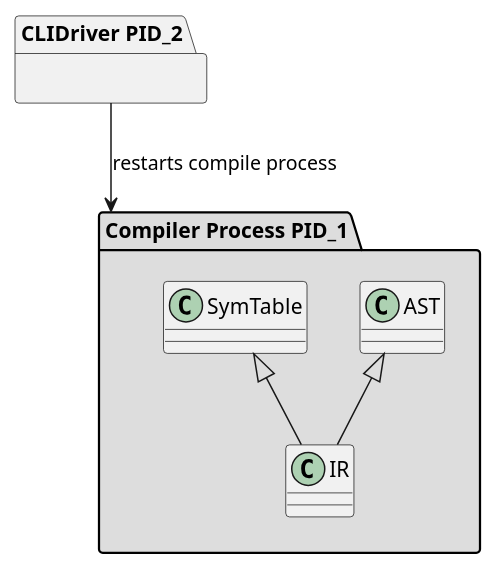
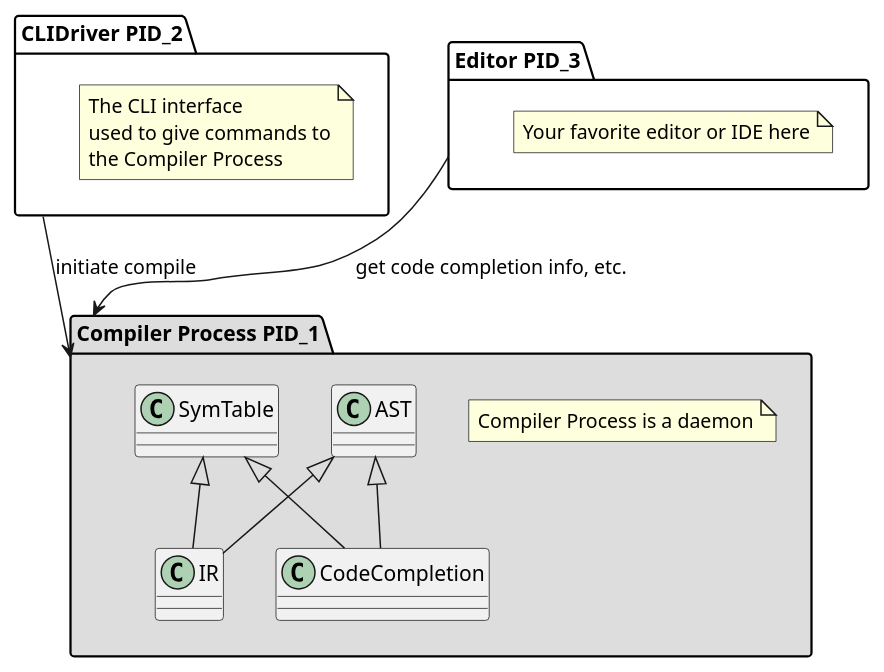
Before and after one commit to burner/allspreadsheetsmustdie: the diagram in rearch.plantuml, drawn with PlantUML.

Commit message:
some more on the rearch

```diff
--- a/rearch.plantuml
+++ b/rearch.plantuml
@@ -1,16 +1,26 @@
 @startuml
 
 package "Compiler Process PID_1" #DDDDDD {
+	note "Compiler Process is a daemon" as N
 	class AST
 	class IR
 	class SymTable
+	class CodeCompletion
 	AST <|-- IR
 	SymTable <|-- IR
+	AST <|-- CodeCompletion
+	SymTable <|-- CodeCompletion
 }
 
 package "CLIDriver PID_2" {
+	note "The CLI interface\nused to give commands to\nthe Compiler Process" as C
 }
 
-"CLIDriver PID_2" --> "Compiler Process PID_1" : restarts compile process
+package "Editor PID_3" {
+	note "Your favorite editor or IDE here" as E
+}
+
+"CLIDriver PID_2" --> "Compiler Process PID_1" : initiate compile
+"Editor PID_3" --> "Compiler Process PID_1": get code completion info, etc.
 
 @enduml
```
